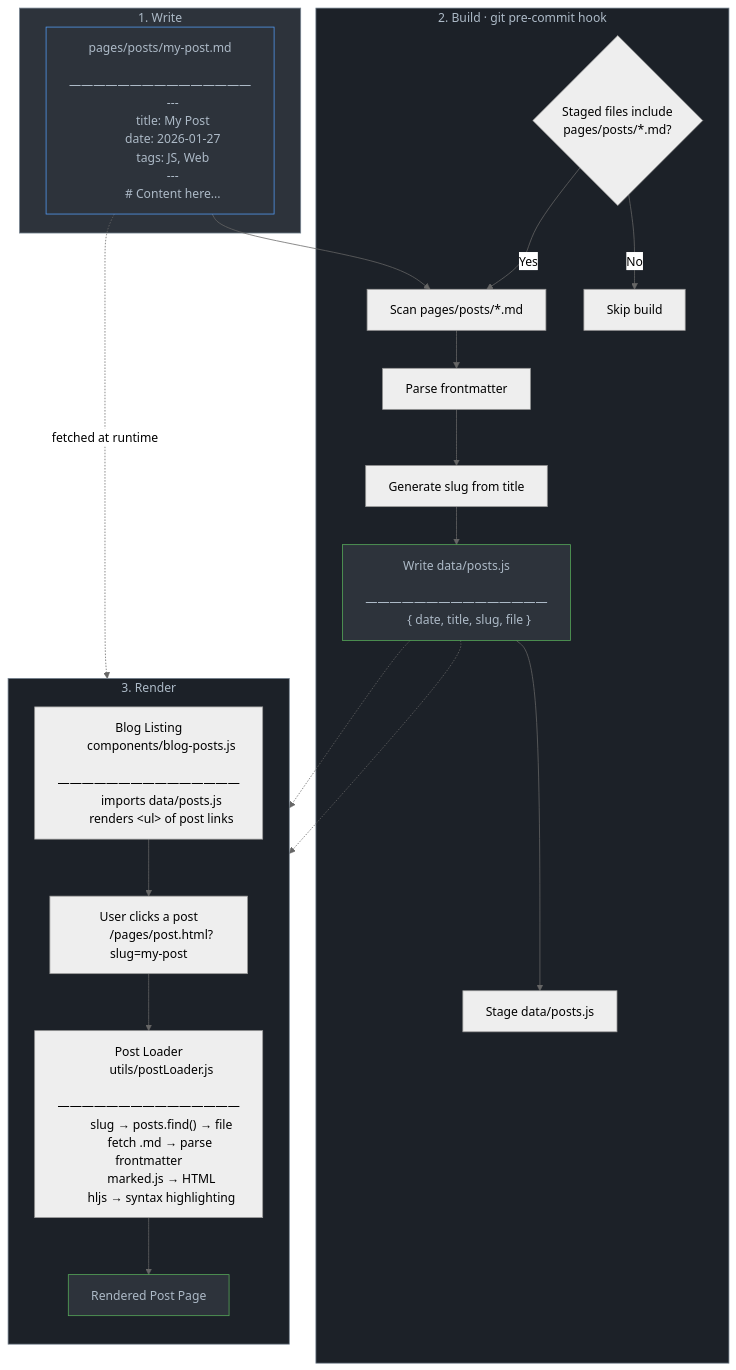
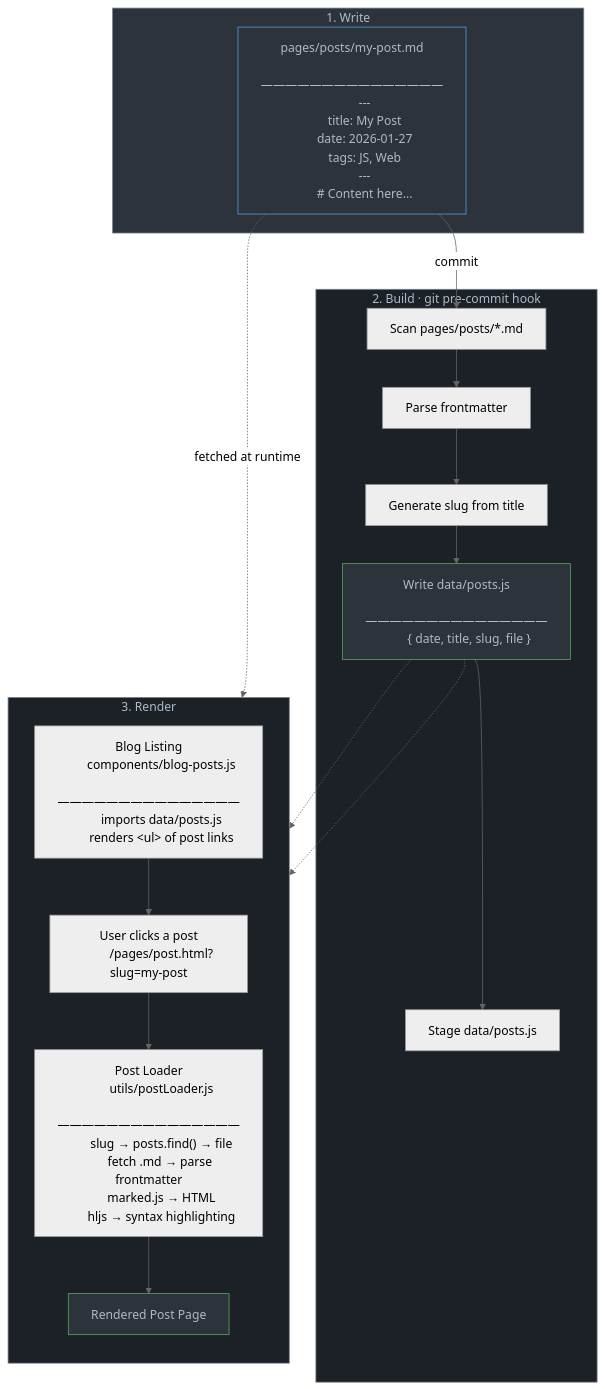
One commit to lylaminju/personal-website changed the diagram in README.md. Above: the diagram before and after it, drawn with Mermaid (neutral theme). The commit also changed 1 other file, not shown here.

Commit message:
fix: use Cloudflare splat syntax for redirects
Cloudflare Pages uses * and :splat instead of :slug placeholders.

````diff
--- a/README.md
+++ b/README.md
@@ -10,63 +10,60 @@
 ```mermaid
 flowchart TB
     subgraph Write["1. Write"]
         md["pages/posts/my-post.md
         ―――――――――――――――
         ---
         title: My Post
         date: 2026-01-27
         tags: JS, Web
         ---
         # Content here..."]
     end
 
     subgraph Build["2. Build · git pre-commit hook"]
-        check{"Staged files include
-        pages/posts/*.md?"}
         scan[Scan pages/posts/*.md]
         parse[Parse frontmatter]
         slug[Generate slug from title]
         write["Write data/posts.js
         ―――――――――――――――
         { date, title, slug, file }"]
         stage[Stage data/posts.js]
-        check -->|Yes| scan --> parse --> slug --> write --> stage
-        check -->|No| skip[Skip build]
+        scan --> parse --> slug --> write --> stage
     end
 
     subgraph Render["3. Render"]
         direction TB
         list["Blog Listing
         components/blog-posts.js
         ―――――――――――――――
         imports data/posts.js
         renders &lt;ul&gt; of post links"]
 
         click_["User clicks a post
         /pages/post.html?slug=my-post"]
 
         loader["Post Loader
         utils/postLoader.js
         ―――――――――――――――
         slug → posts.find() → file
         fetch .md → parse frontmatter
         marked.js → HTML
         hljs → syntax highlighting"]
 
         page["Rendered Post Page"]
 
         list --> click_ --> loader --> page
     end
 
-    md --> scan
+    md -->|commit| scan
     write -.-> list
     write -.-> loader
     md -.->|fetched at runtime| loader
 
     style Write fill:#2d333b,stroke:#768390,color:#adbac7
     style Build fill:#1c2128,stroke:#768390,color:#adbac7
     style Render fill:#1c2128,stroke:#768390,color:#adbac7
     style md fill:#2d333b,stroke:#539bf5,color:#adbac7
     style write fill:#2d333b,stroke:#57ab5a,color:#adbac7
     style page fill:#2d333b,stroke:#57ab5a,color:#adbac7
 ```
````
